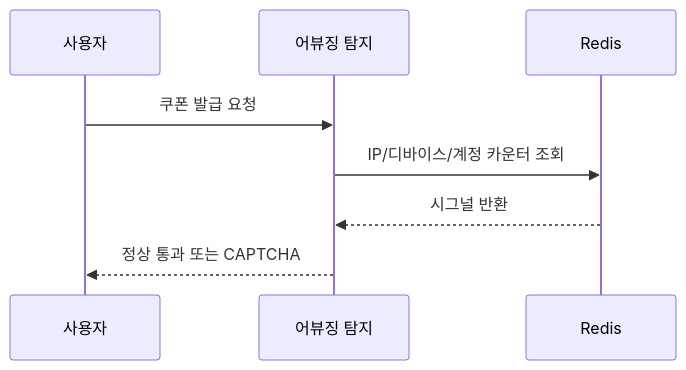
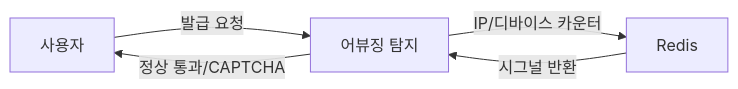
One commit to yjkim2015/yjkim2015.github.io changed the third of 3 diagrams in _posts/systemdesign/2026-05-11-system-design-coupon.md. Above: the diagram before and after it, drawn with Mermaid. The commit also changed other lines of this file and 84 other files, not shown here.

First line of the commit message:
85개 포스트 Mermaid 다이어그램 규칙 일괄 수정

````diff
--- a/_posts/systemdesign/2026-05-11-system-design-coupon.md
+++ b/_posts/systemdesign/2026-05-11-system-design-coupon.md
@@ -326,10 +323,7 @@
 ```mermaid
-sequenceDiagram
-    participant U as 사용자
-    participant AS as 어뷰징 탐지
-    participant R as Redis
-    U->>AS: 쿠폰 발급 요청
-    AS->>R: IP/디바이스/계정 카운터 조회
-    R-->>AS: 시그널 반환
-    AS-->>U: 정상 통과 또는 CAPTCHA
+graph LR
+    A[사용자] -->|발급 요청| B[어뷰징 탐지]
+    B -->|IP/디바이스 카운터| C[Redis]
+    C -->|시그널 반환| B
+    B -->|정상 통과/CAPTCHA| A
 ```
````
